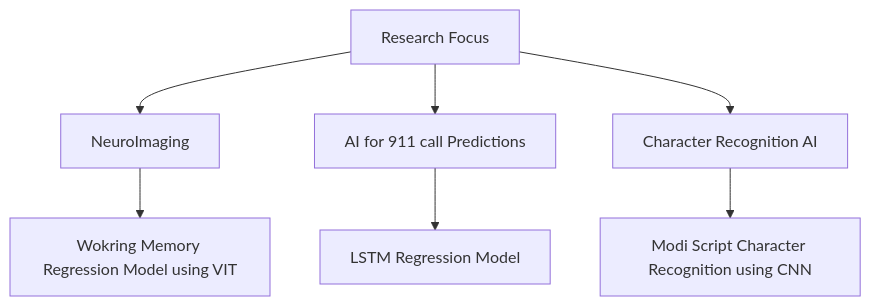
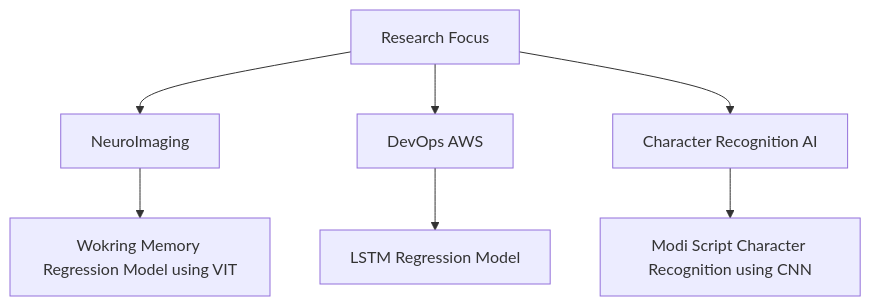
One commit to dsinha12345/dsinha12345 changed the diagram in README.md. Above: the diagram before and after it, drawn with Mermaid.

````diff
--- a/README.md
+++ b/README.md
@@ -57,12 +57,12 @@
 ```mermaid  
 graph TD  
     A[Research Focus] --> B[NeuroImaging]  
-    A --> C[AI for 911 call Predictions]  
+    A --> C[DevOps AWS]  
     A --> D[Character Recognition AI]  
 
     B --> E[Wokring Memory Regression Model using VIT]  
     C --> F[LSTM Regression Model]   
     D --> G[Modi Script Character Recognition using CNN]  
 
 
 ```
````
